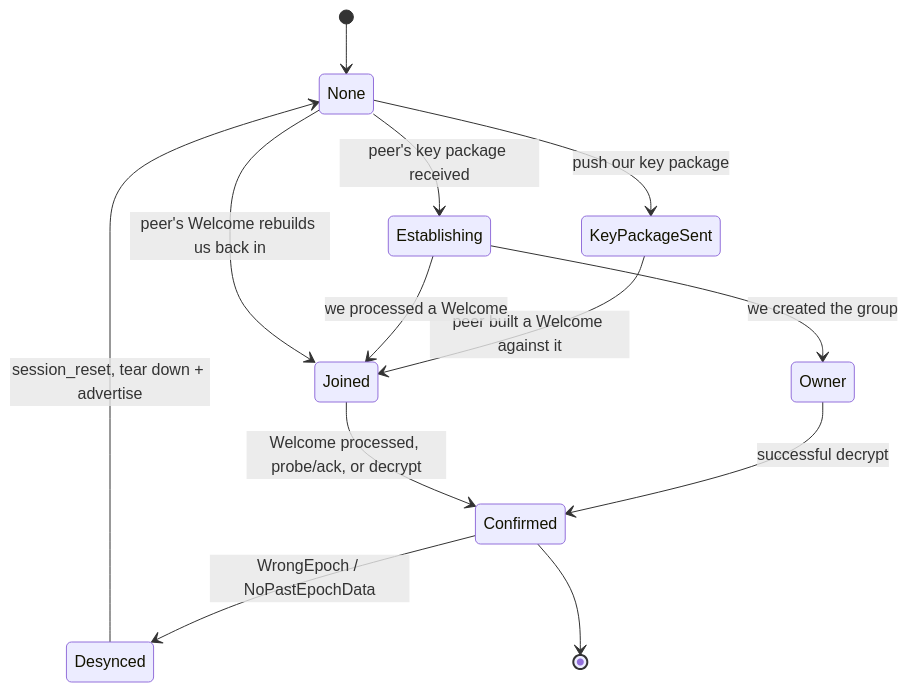
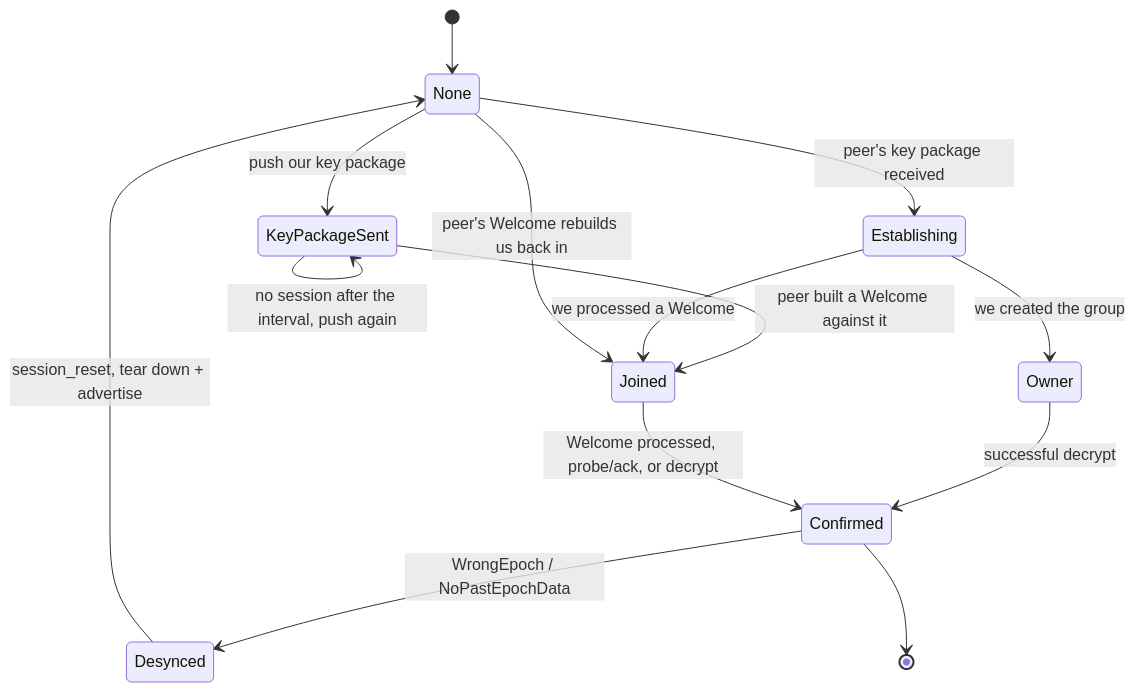
One commit to Offline-Protocol/offline-protocol-sdk changed the diagram in docs/state-machines/session-lifecycle.md. Above: the diagram before and after it, drawn with Mermaid. The commit also changed other lines of this file and 10 other files, not shown here.

First line of the commit message:
fix(protocol): push a key package again when it produced no session

````diff
--- a/docs/state-machines/session-lifecycle.md
+++ b/docs/state-machines/session-lifecycle.md
@@ -24,19 +24,20 @@
 ```mermaid
 stateDiagram-v2
     [*] --> None
     None --> KeyPackageSent: push our key package
     None --> Establishing: peer's key package received
     KeyPackageSent --> Joined: peer built a Welcome against it
+    KeyPackageSent --> KeyPackageSent: no session after the interval, push again
 
     Establishing --> Owner: we created the group
     Establishing --> Joined: we processed a Welcome
 
     Owner --> Confirmed: successful decrypt
     Joined --> Confirmed: Welcome processed, probe/ack, or decrypt
 
     Confirmed --> Desynced: WrongEpoch / NoPastEpochData
     Desynced --> None: session_reset, tear down + advertise
     None --> Joined: peer's Welcome rebuilds us back in
 
     Confirmed --> [*]
 ```
````
